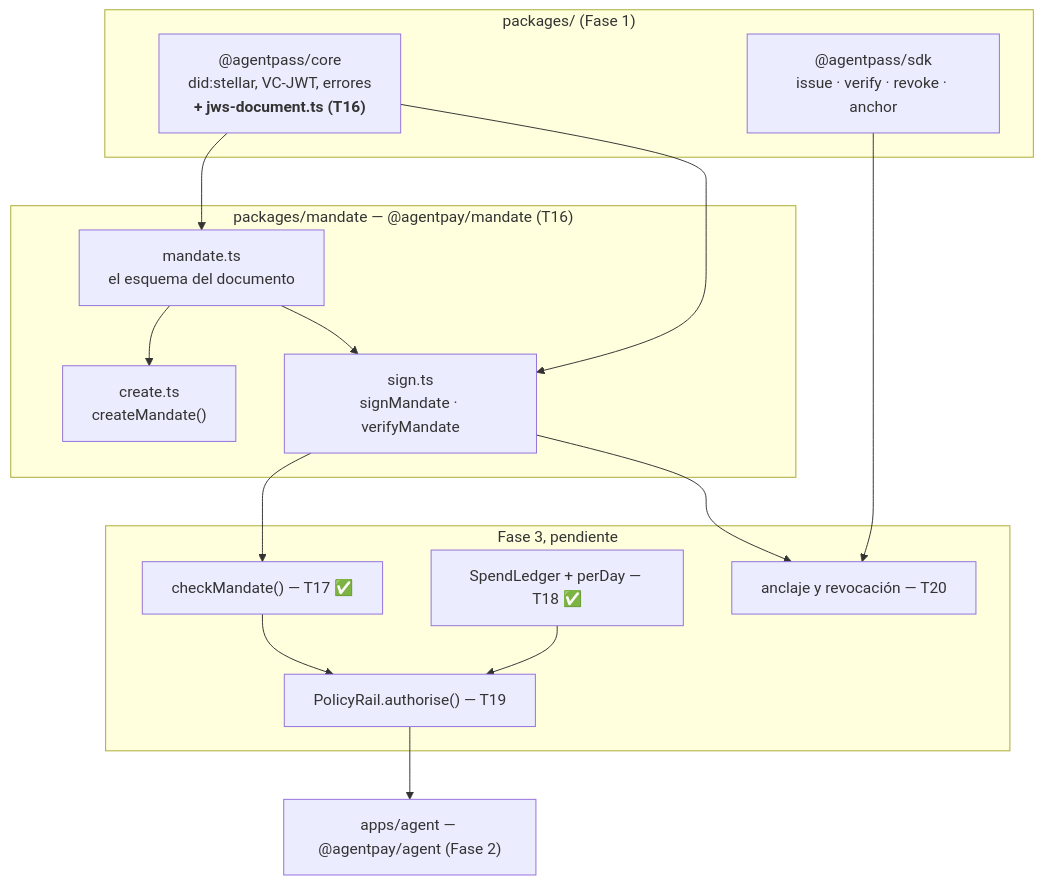
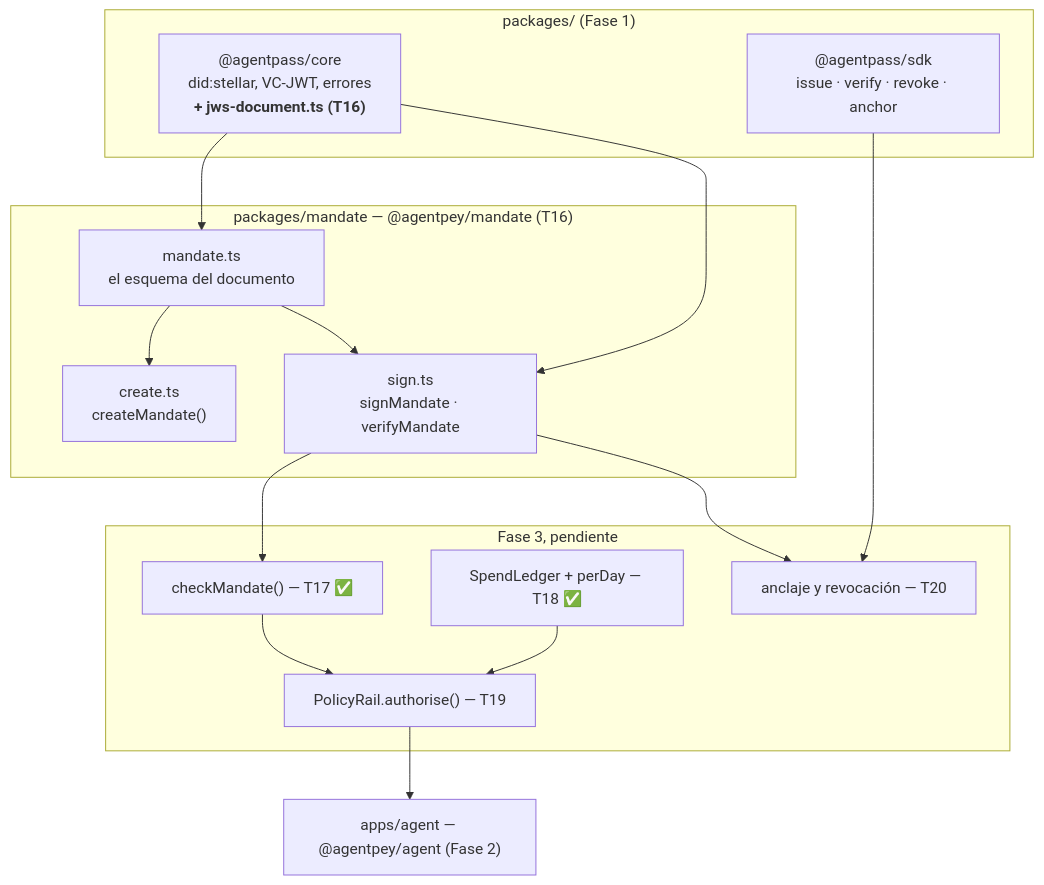
Before and after one commit to vicentewolde/AgentPay: the diagram in docs/fase-3-policyrail-mandato/ARQUITECTURA.md, drawn with Mermaid. The commit also changed other lines of this file and 118 other files, not shown here.

````diff
--- a/docs/fase-3-policyrail-mandato/ARQUITECTURA.md
+++ b/docs/fase-3-policyrail-mandato/ARQUITECTURA.md
@@ -18,30 +18,30 @@
 ```mermaid
 flowchart TB
     subgraph "packages/ (Fase 1)"
         core["@agentpass/core<br/>did:stellar, VC-JWT, errores<br/><b>+ jws-document.ts (T16)</b>"]
         sdk["@agentpass/sdk<br/>issue · verify · revoke · anchor"]
     end
-    subgraph "packages/mandate — @agentpay/mandate (T16)"
+    subgraph "packages/mandate — @agentpey/mandate (T16)"
         mandate["mandate.ts<br/>el esquema del documento"]
         create["create.ts<br/>createMandate()"]
         msign["sign.ts<br/>signMandate · verifyMandate"]
     end
     subgraph "Fase 3, pendiente"
         check["checkMandate() — T17 ✅"]
         ledger["SpendLedger + perDay — T18 ✅"]
         rail["PolicyRail.authorise() — T19"]
         anchor["anclaje y revocación — T20"]
     end
-    agent["apps/agent — @agentpay/agent (Fase 2)"]
+    agent["apps/agent — @agentpey/agent (Fase 2)"]
 
     core --> mandate
     core --> msign
     mandate --> create
     mandate --> msign
     msign --> check
     check --> rail
     ledger --> rail
     sdk --> anchor
     msign --> anchor
     rail --> agent
 ```
````
